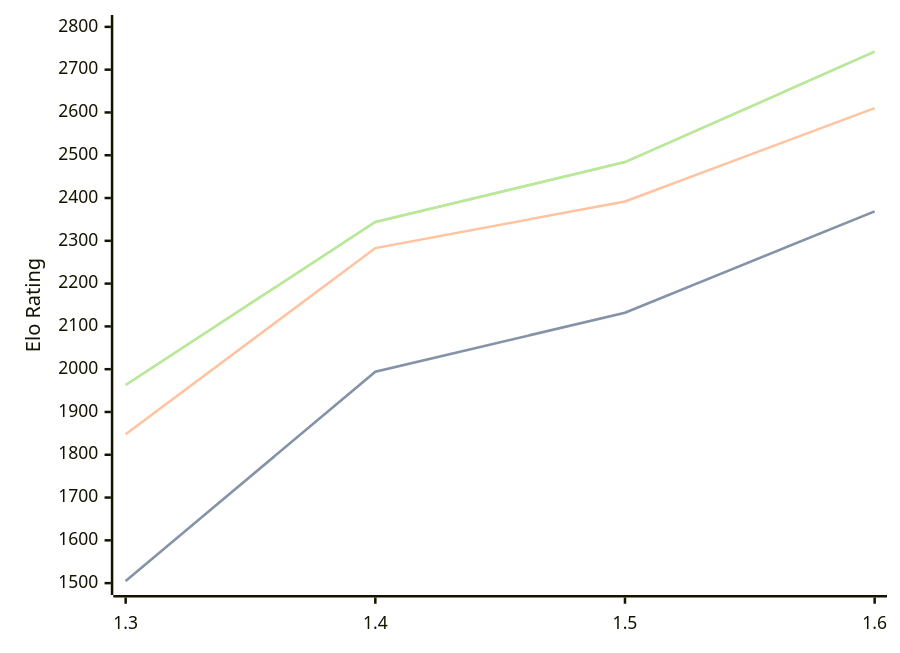
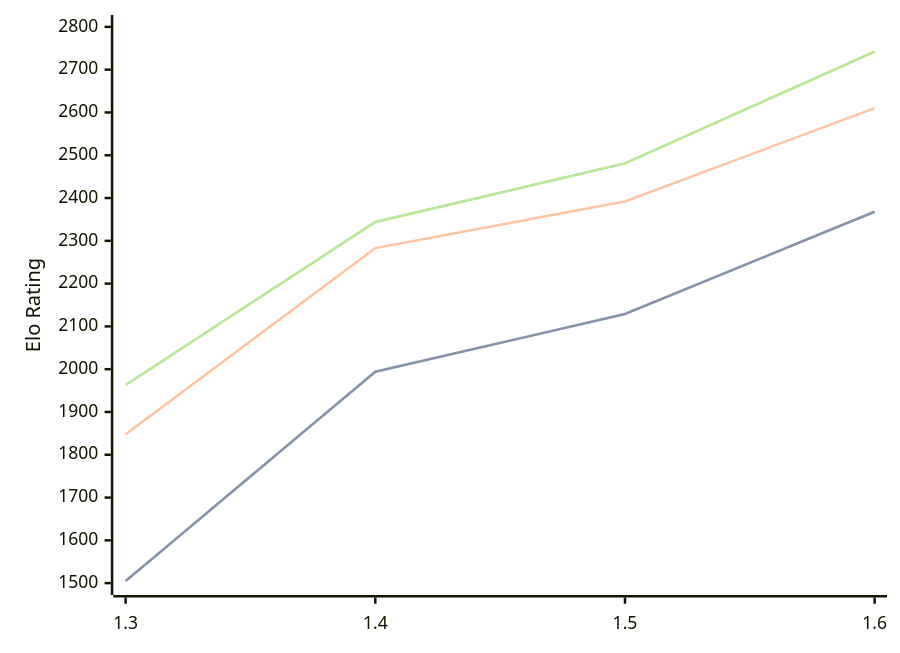
Before and after one commit to computer-chess-index/cci: the third of 3 diagrams in engines/Facon.md, drawn with Mermaid. The commit also changed other lines of this file, not shown here.

Commit message:
Update CCI Ratings (ELO VLTC) - 2026-07-12

````diff
--- a/engines/Facon.md
+++ b/engines/Facon.md
@@ -70,11 +70,11 @@
 ```mermaid
 %%{init: {"theme":"base","themeVariables":{"seriesColors:['#a3a3a3','#222221','#faa371']}}}%%
 xychart-beta
   x-axis ["1.3", "1.4", "1.5", "1.6"]
   y-axis "Elo Rating" 1500 --> 2800
-  line "STC (8.0+0.08s)" [1505, 1994, 2132, 2369]
-  line "STC (8.0+0.08s)" [1505, 1994, 2132, 2369]
+  line "STC (8.0+0.08s)" [1505, 1994, 2129, 2368]
+  line "STC (8.0+0.08s)" [1505, 1994, 2129, 2368]
   line "LTC (60.0+0.60s)" [1848, 2283, 2392, 2610]
-  line "VLTC (2m24s+1.12s)" [1963, 2344, 2484, 2742]
-  line "VLTC (2m24s+1.12s)" [1963, 2344, 2484, 2742]
+  line "VLTC (2m24s+1.12s)" [1963, 2344, 2481, 2742]
+  line "VLTC (2m24s+1.12s)" [1963, 2344, 2481, 2742]
 ```
````
